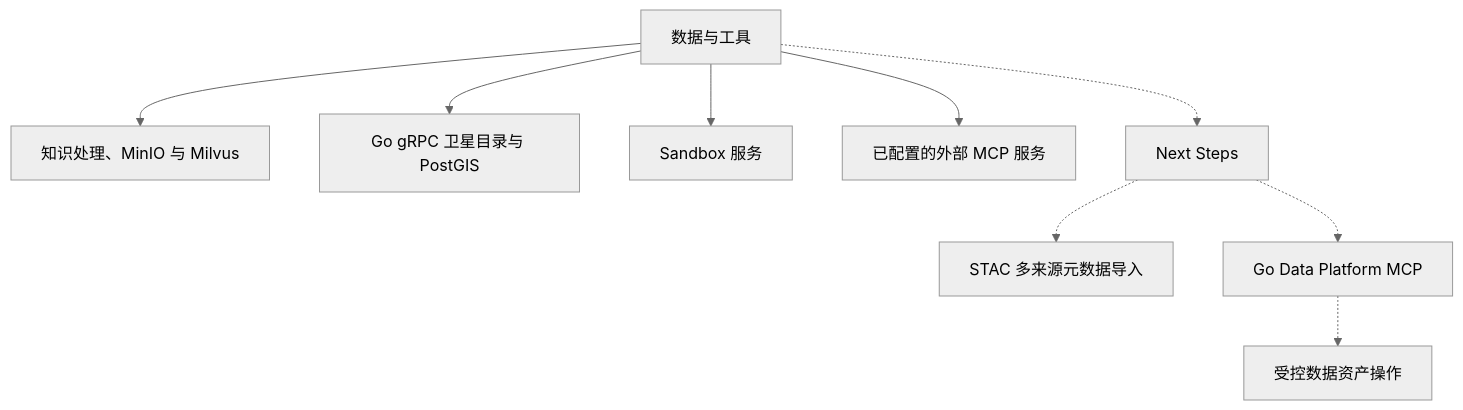
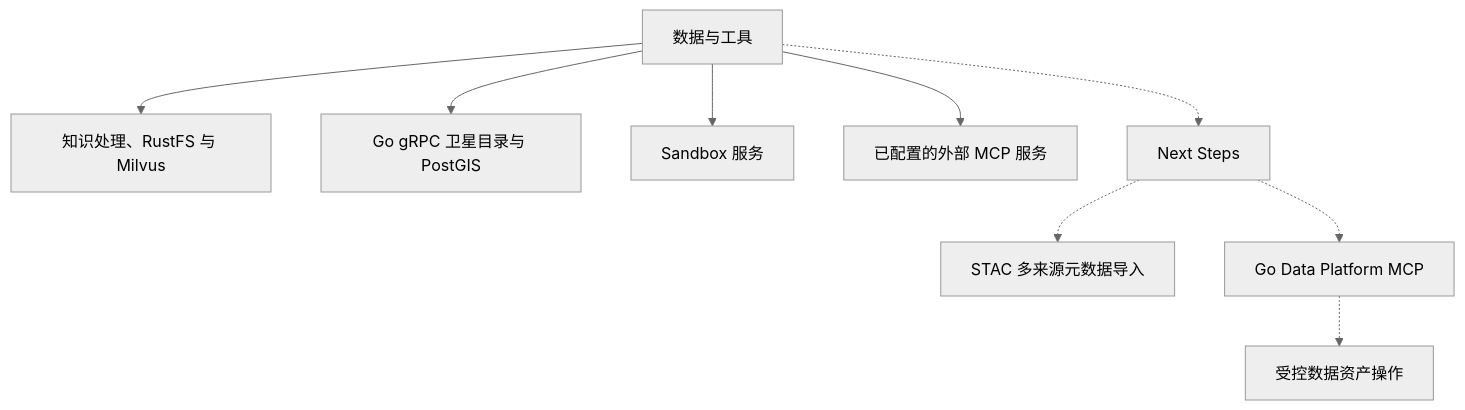
Before and after one commit to Agent-Multiverse-Lab/agent-stack: the third of 3 diagrams in README.md, drawn with Mermaid (neutral theme). The commit also changed other lines of this file and 18 other files, not shown here.

First line of the commit message:
chore(deploy): 对象存储由 MinIO 迁移到 RustFS

````diff
--- a/README.md
+++ b/README.md
@@ -58,11 +58,11 @@
 ```mermaid
 flowchart TB
-    Data[数据与工具] --> Knowledge[知识处理、MinIO 与 Milvus]
+    Data[数据与工具] --> Knowledge[知识处理、RustFS 与 Milvus]
     Data --> Gateway[Go gRPC 卫星目录与 PostGIS]
     Data --> Sandbox[Sandbox 服务]
     Data --> MCP[已配置的外部 MCP 服务]
     Data -.-> Plan[Next Steps]
     Plan -.-> STAC[STAC 多来源元数据导入]
     Plan -.-> GoMCP[Go Data Platform MCP]
     GoMCP -.-> DataOps[受控数据资产操作]
 ```
````
